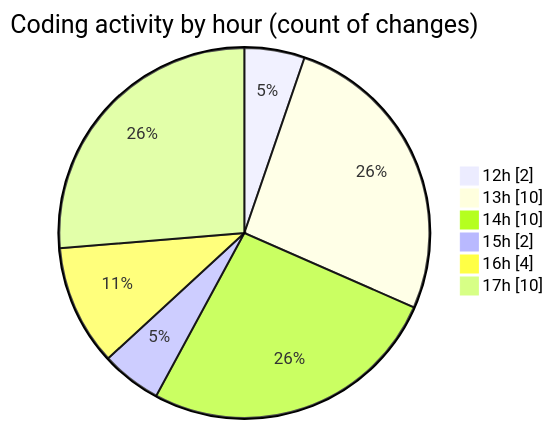
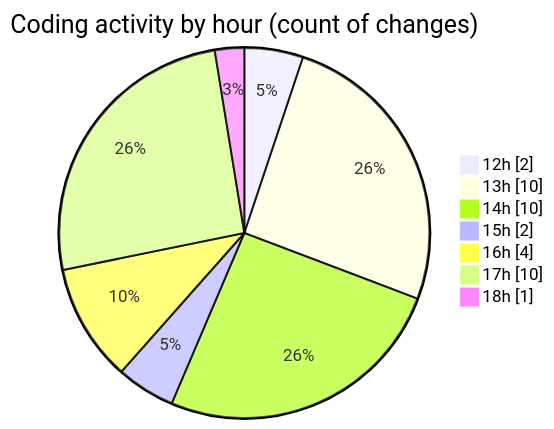
Before and after one commit to shibass792/code-tracking: the second of 2 diagrams in 2026-07-12/untitled__workspace_/README.md, drawn with Mermaid. The commit also changed other lines of this file and 1 other file, not shown here.

````diff
--- a/2026-07-12/untitled__workspace_/README.md
+++ b/2026-07-12/untitled__workspace_/README.md
@@ -38,10 +39,11 @@
 ```mermaid
 pie showData
 title Coding activity by hour (count of changes)
 "12h" : 2
 "13h" : 10
 "14h" : 10
 "15h" : 2
 "16h" : 4
 "17h" : 10
+"18h" : 1
 ```
````
